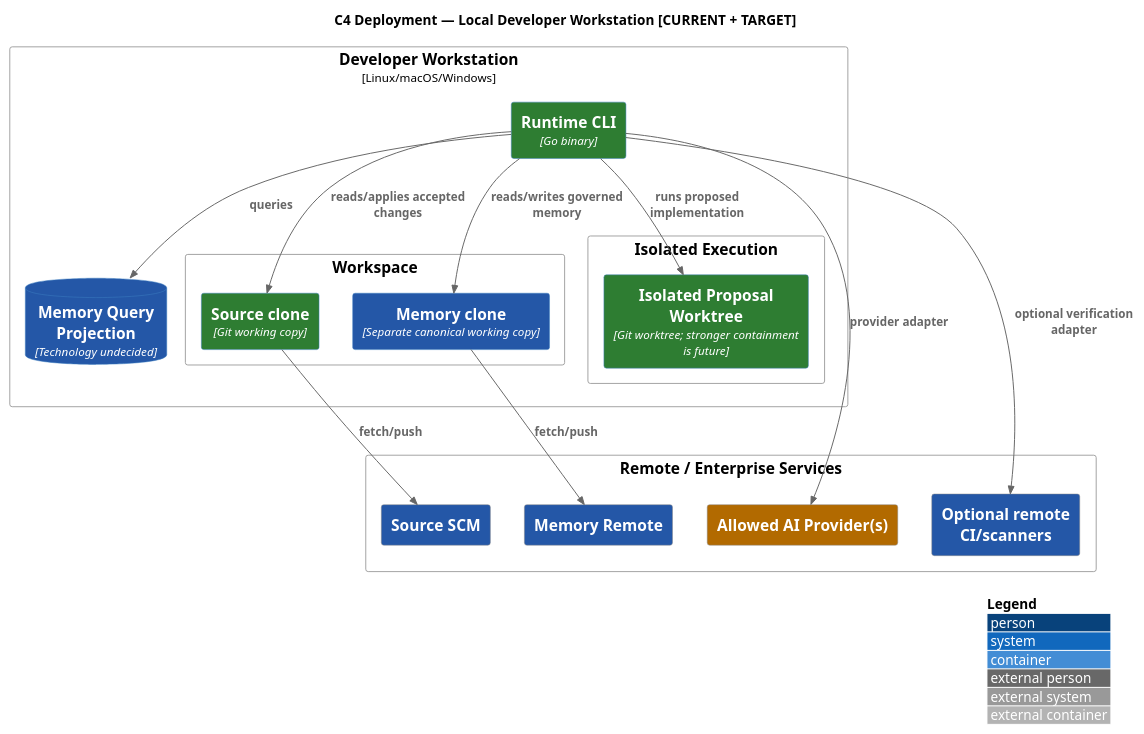
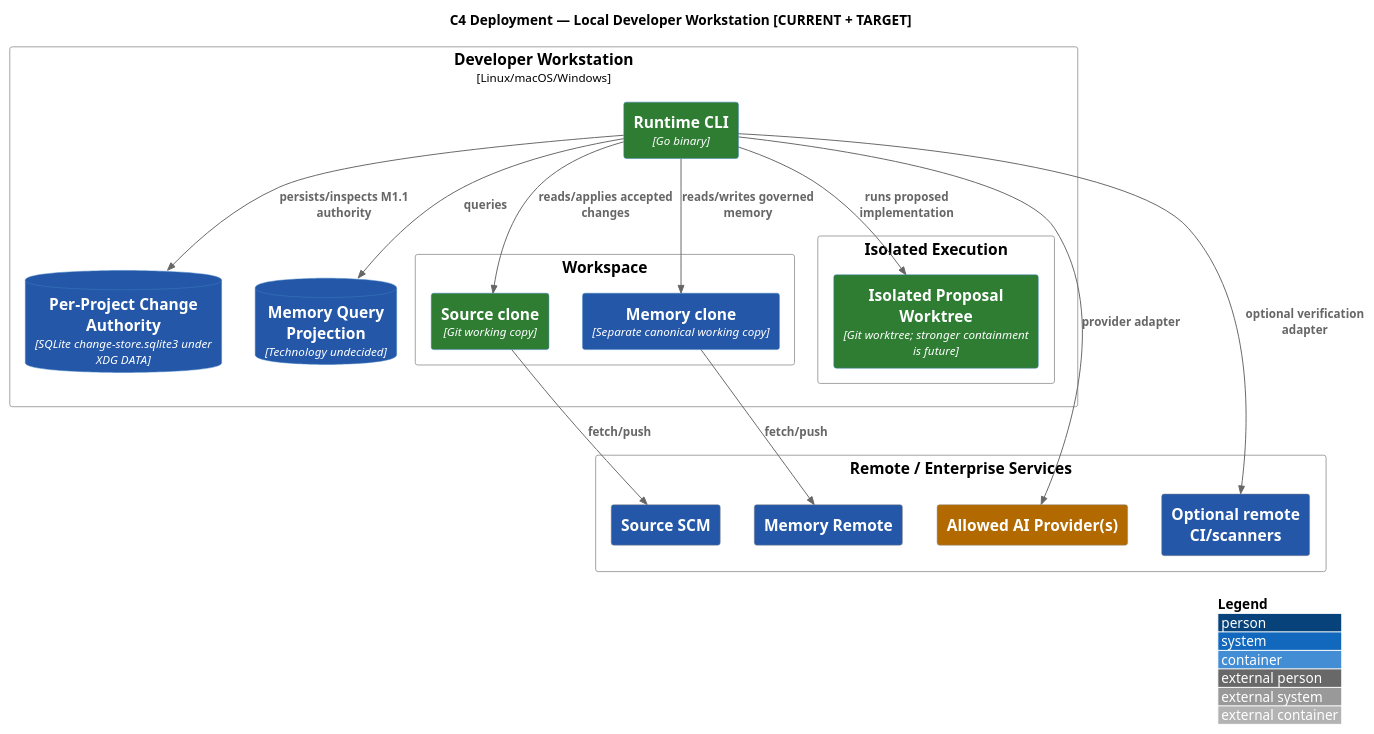
The diagram in docs/architecture/src/docs/arc42/diagrams/c4-deployment-local.puml (Eu-Pedro0ficial/praetor), drawn with PlantUML before and after one commit. The commit also changed 37 other files, not shown here.

Commit message:
docs(m1.1): establish durable change architecture authority

```diff
--- a/docs/architecture/src/docs/arc42/diagrams/c4-deployment-local.puml
+++ b/docs/architecture/src/docs/arc42/diagrams/c4-deployment-local.puml
@@ -1,33 +1,35 @@
 @startuml
 !include <C4/C4_Deployment>
 AddElementTag("AS-IS", $bgColor="#2E7D32", $fontColor="#FFFFFF", $legendText="AS-IS")
 AddElementTag("PARTIAL", $bgColor="#B26A00", $fontColor="#FFFFFF", $legendText="PARTIAL")
 AddElementTag("TARGET", $bgColor="#2457A7", $fontColor="#FFFFFF", $legendText="TARGET")
 LAYOUT_WITH_LEGEND()
 title C4 Deployment — Local Developer Workstation [CURRENT + TARGET]
 Deployment_Node(dev, "Developer Workstation", "Linux/macOS/Windows") {
   Container(cli, "Runtime CLI", "Go binary", $tags="AS-IS")
+  ContainerDb(changeStore, "Per-Project Change Authority", "SQLite change-store.sqlite3 under XDG DATA", $tags="TARGET")
   ContainerDb(index, "Memory Query Projection", "Technology undecided", $tags="TARGET")
   Deployment_Node(workspace, "Workspace") {
     Container(srcLocal, "Source clone", "Git working copy", $tags="AS-IS")
     Container(memLocal, "Memory clone", "Separate canonical working copy", $tags="TARGET")
   }
   Deployment_Node(isolated, "Isolated Execution") {
     Container(sandbox, "Isolated Proposal Worktree", "Git worktree; stronger containment is future", $tags="AS-IS")
   }
 }
 Deployment_Node(remote, "Remote / Enterprise Services") {
   System_Ext(srcRemote, "Source SCM", $tags="TARGET")
   System_Ext(memRemote, "Memory Remote", $tags="TARGET")
   System_Ext(ai, "Allowed AI Provider(s)", $tags="PARTIAL")
   System_Ext(tools, "Optional remote CI/scanners", $tags="TARGET")
 }
 Rel(cli, index, "queries")
+Rel(cli, changeStore, "persists/inspects M1.1 authority")
 Rel(cli, srcLocal, "reads/applies accepted changes")
 Rel(cli, memLocal, "reads/writes governed memory")
 Rel(cli, sandbox, "runs proposed implementation")
 Rel(srcLocal, srcRemote, "fetch/push")
 Rel(memLocal, memRemote, "fetch/push")
 Rel(cli, ai, "provider adapter")
 Rel(cli, tools, "optional verification adapter")
 @enduml
```
